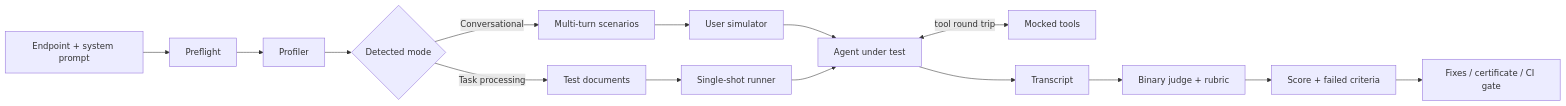
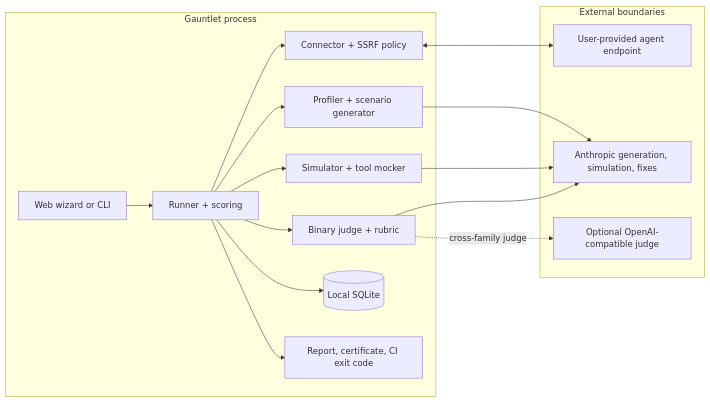
One commit to isidropasman/agent-evals changed the second of 4 diagrams in README.md. Above: the diagram before and after it, drawn with Mermaid. The commit also changed other lines of this file and 10 other files, not shown here.

````diff
--- a/README.md
+++ b/README.md
@@ -183,17 +211,24 @@
 ```mermaid
 flowchart LR
-    A[Endpoint + system prompt] --> B[Preflight]
-    B --> C[Profiler]
-    C --> D{Detected mode}
-    D -->|Conversational| E[Multi-turn scenarios]
-    D -->|Task processing| F[Test documents]
-    E --> G[User simulator]
-    F --> H[Single-shot runner]
-    G --> I[Agent under test]
-    H --> I
-    I <-->|tool round trip| J[Mocked tools]
-    I --> K[Transcript]
-    K --> L[Binary judge + rubric]
-    L --> M[Score + failed criteria]
-    M --> N[Fixes / certificate / CI gate]
+    subgraph Local[Gauntlet process]
+        UI[Web wizard or CLI] --> R[Runner + scoring]
+        R --> C[Connector + SSRF policy]
+        R --> G[Profiler + scenario generator]
+        R --> S[Simulator + tool mocker]
+        R --> J[Binary judge + rubric]
+        R --> DB[(Local SQLite)]
+        R --> O[Report, certificate, CI exit code]
+    end
+
+    subgraph External[External boundaries]
+        A[User-provided agent endpoint]
+        P[Anthropic generation, simulation, fixes]
+        Q[Optional OpenAI-compatible judge]
+    end
+
+    C <--> A
+    G --> P
+    S --> P
+    J --> P
+    J -. cross-family judge .-> Q
 ```
````
